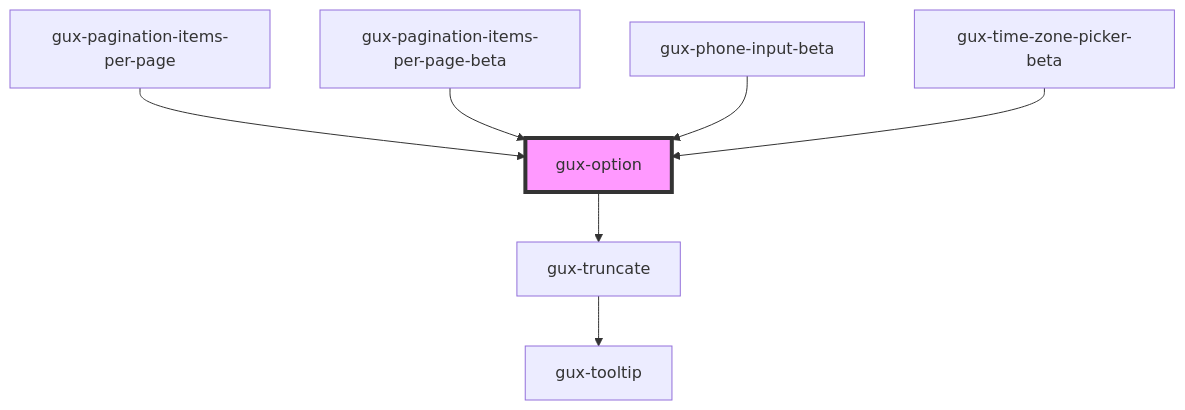
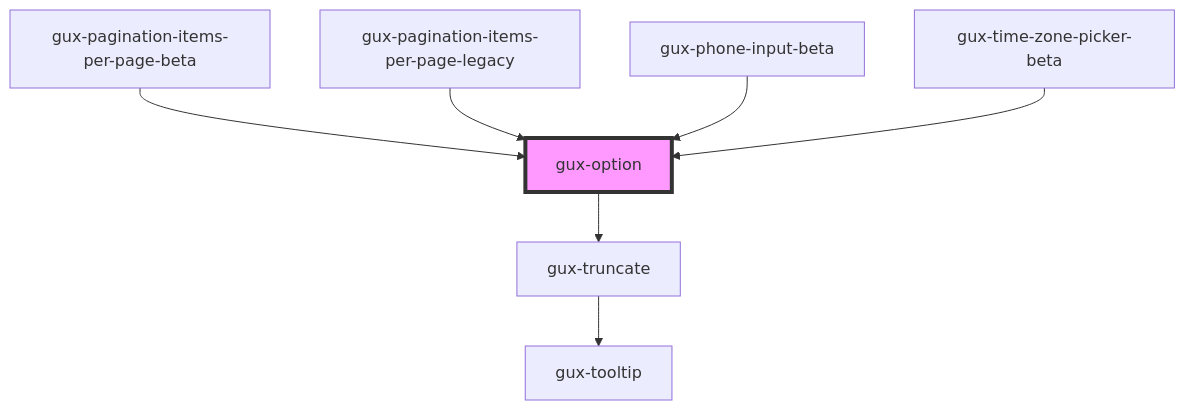
Before and after one commit to MyPureCloud/genesys-spark: the diagram in packages/genesys-spark-components/src/components/stable/gux-listbox/options/gux-option/readme.md, drawn with Mermaid. The commit also changed other lines of this file and 59 other files, not shown here.

First line of the commit message:
refactor(pagination): move from stable to legacy

````diff
--- a/packages/genesys-spark-components/src/components/stable/gux-listbox/options/gux-option/readme.md
+++ b/packages/genesys-spark-components/src/components/stable/gux-listbox/options/gux-option/readme.md
@@ -39,10 +39,10 @@
 ```mermaid
 graph TD;
   gux-option --> gux-truncate
   gux-truncate --> gux-tooltip
-  gux-pagination-items-per-page --> gux-option
   gux-pagination-items-per-page-beta --> gux-option
+  gux-pagination-items-per-page-legacy --> gux-option
   gux-phone-input-beta --> gux-option
   gux-time-zone-picker-beta --> gux-option
   style gux-option fill:#f9f,stroke:#333,stroke-width:4px
 ```
````
